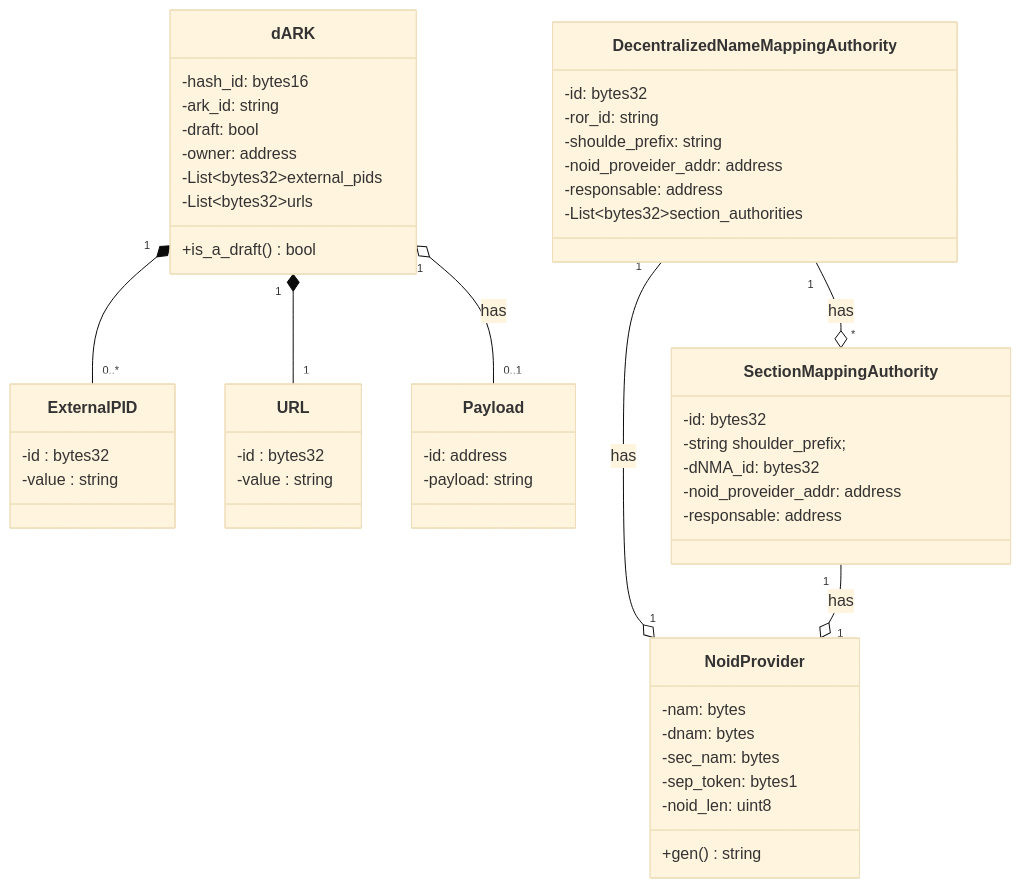
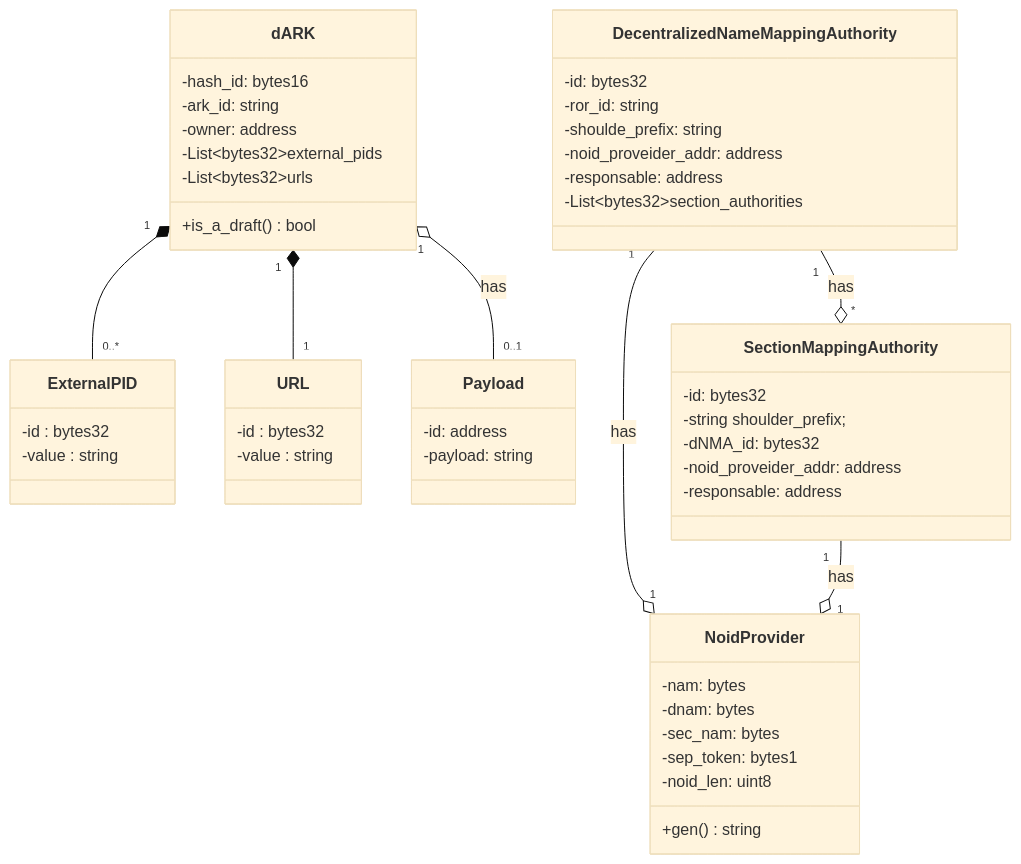
Before and after one commit to dark-pid/dARK: the diagram in docs/diagrams/dark_core_entites_class.mmd, drawn with Mermaid (base theme).

Commit message:
remove draft field

```diff
--- a/docs/diagrams/dark_core_entites_class.mmd
+++ b/docs/diagrams/dark_core_entites_class.mmd
@@ -1,66 +1,65 @@
 classDiagram
 
     class dARK{
         -hash_id: bytes16
         -ark_id: string
-        -draft: bool 
         -owner: address
 
         -List~bytes32~external_pids
         -List~bytes32~urls
         
         +is_a_draft() bool
     }
 
     class ExternalPID{
         -id : bytes32
         -value : string
     }
 
     class URL{
         -id : bytes32
         -value : string
     }
 
     class Payload{
         -id: address
         -payload: string
     }
 
     dARK "1" o-- "0..1" Payload : has
     
     dARK "1" *--  "0..*" ExternalPID
     dARK "1" *--  "1" URL
 
 
     class DecentralizedNameMappingAuthority{
         -id: bytes32
         -ror_id: string
         -shoulde_prefix: string
         -noid_proveider_addr: address
         -responsable: address
         -List~bytes32~section_authorities
     }
 
     class SectionMappingAuthority {
         -id: bytes32
         -string shoulder_prefix;
         -dNMA_id: bytes32
         -noid_proveider_addr: address
         -responsable: address
     }
 
     class NoidProvider{
         -nam: bytes
         -dnam: bytes
         -sec_nam: bytes
         -sep_token: bytes1
         -noid_len: uint8
 
         +gen() string
     }
 
     DecentralizedNameMappingAuthority "1" --o "1" NoidProvider: has
     SectionMappingAuthority "1" --o "1" NoidProvider: has
 
     DecentralizedNameMappingAuthority "1" --o "*" SectionMappingAuthority: has
```
